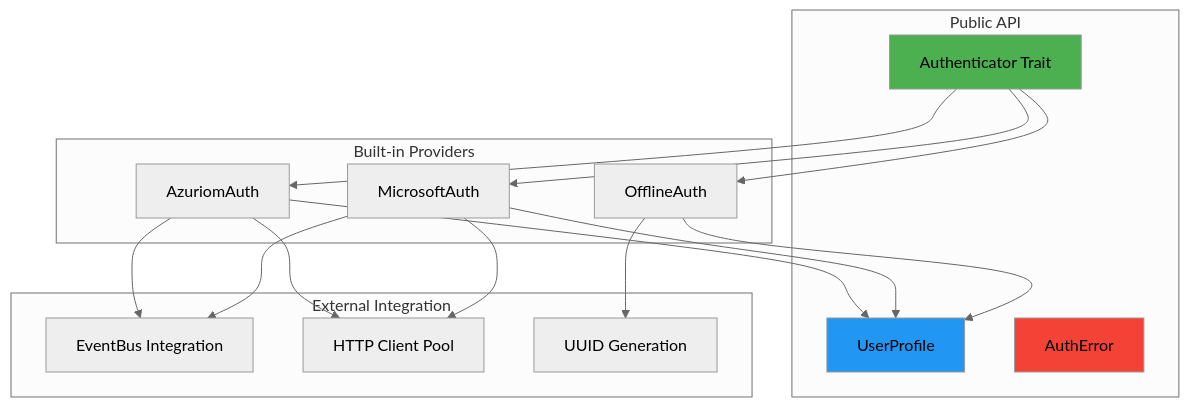
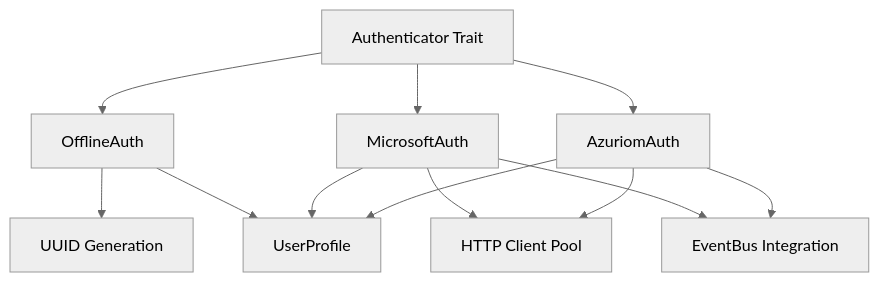
Before and after one commit to miguelkix30/LightyLauncherLib: the first of 4 diagrams in crates/auth/docs/overview.md, drawn with Mermaid (neutral theme). The commit also changed 3 other files, not shown here.

````diff
--- a/crates/auth/docs/overview.md
+++ b/crates/auth/docs/overview.md
@@ -13,38 +13,19 @@
 ```mermaid
-graph TB
-    subgraph "Public API"
-        TRAIT[Authenticator Trait]
-        PROFILE[UserProfile]
-        ERROR[AuthError]
-    end
+flowchart TD
+    TRAIT[Authenticator Trait]
 
-    subgraph "Built-in Providers"
-        OFFLINE[OfflineAuth]
-        MS[MicrosoftAuth]
-        AZ[AzuriomAuth]
-    end
+    TRAIT --> OFFLINE[OfflineAuth]
+    TRAIT --> MS[MicrosoftAuth]
+    TRAIT --> AZ[AzuriomAuth]
 
-    subgraph "External Integration"
-        EVENT[EventBus Integration]
-        HTTP[HTTP Client Pool]
-        CRYPTO[UUID Generation]
-    end
+    OFFLINE --> CRYPTO[UUID Generation]
+    OFFLINE --> PROFILE[UserProfile]
 
-    TRAIT --> OFFLINE
-    TRAIT --> MS
-    TRAIT --> AZ
+    MS --> HTTP[HTTP Client Pool]
+    MS --> EVENT[EventBus Integration]
+    MS --> PROFILE
 
-    OFFLINE --> CRYPTO
-    MS --> HTTP
-    MS --> EVENT
     AZ --> HTTP
     AZ --> EVENT
-
-    OFFLINE --> PROFILE
-    MS --> PROFILE
     AZ --> PROFILE
-
-    style TRAIT fill:#4CAF50
-    style PROFILE fill:#2196F3
-    style ERROR fill:#F44336
 ```
````
